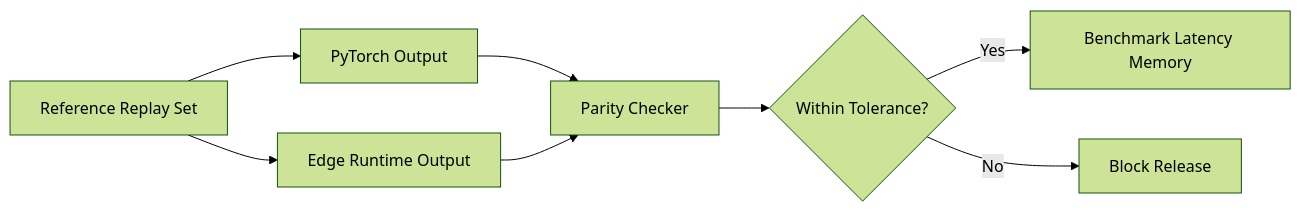
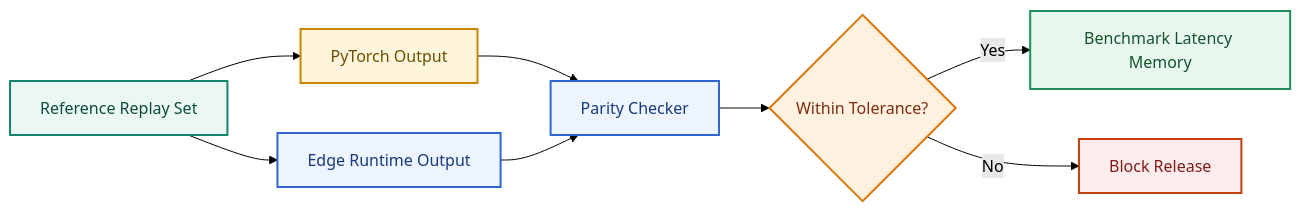
Before and after one commit to LeNguyenHaiDuong/adas-tsr: diagram 11 of 15 in research/3.research_tsr_detection_architecture_research.md, drawn with Mermaid (forest theme). The commit also changed other lines of this file and 5 other files, not shown here.

Commit message:
Add mermaid color

````diff
--- a/research/3.research_tsr_detection_architecture_research.md
+++ b/research/3.research_tsr_detection_architecture_research.md
@@ -640,10 +698,23 @@
 ```mermaid
 flowchart LR
     A[Reference Replay Set] --> B[PyTorch Output]
     A --> C[Edge Runtime Output]
     B --> D[Parity Checker]
     C --> D
     D --> E{Within Tolerance?}
     E -->|Yes| F[Benchmark Latency Memory]
     E -->|No| G[Block Release]
+
+    classDef source fill:#EAF7F2,stroke:#14866D,color:#0F4C3F,stroke-width:2px;
+    classDef baseline fill:#FFF5DD,stroke:#C78600,color:#6B4F00,stroke-width:2px;
+    classDef feature fill:#EDF3FF,stroke:#2F66D0,color:#173B7A,stroke-width:2px;
+    classDef decision fill:#FFF1E0,stroke:#D97706,color:#7C2D12,stroke-width:2px;
+    classDef risk fill:#FDECEC,stroke:#C2410C,color:#7F1D1D,stroke-width:2px;
+    classDef integration fill:#E8F7EE,stroke:#1E8E5A,color:#14532D,stroke-width:2px;
+    class A source;
+    class B baseline;
+    class C,D feature;
+    class E decision;
+    class G risk;
+    class F integration;
 ```
````
